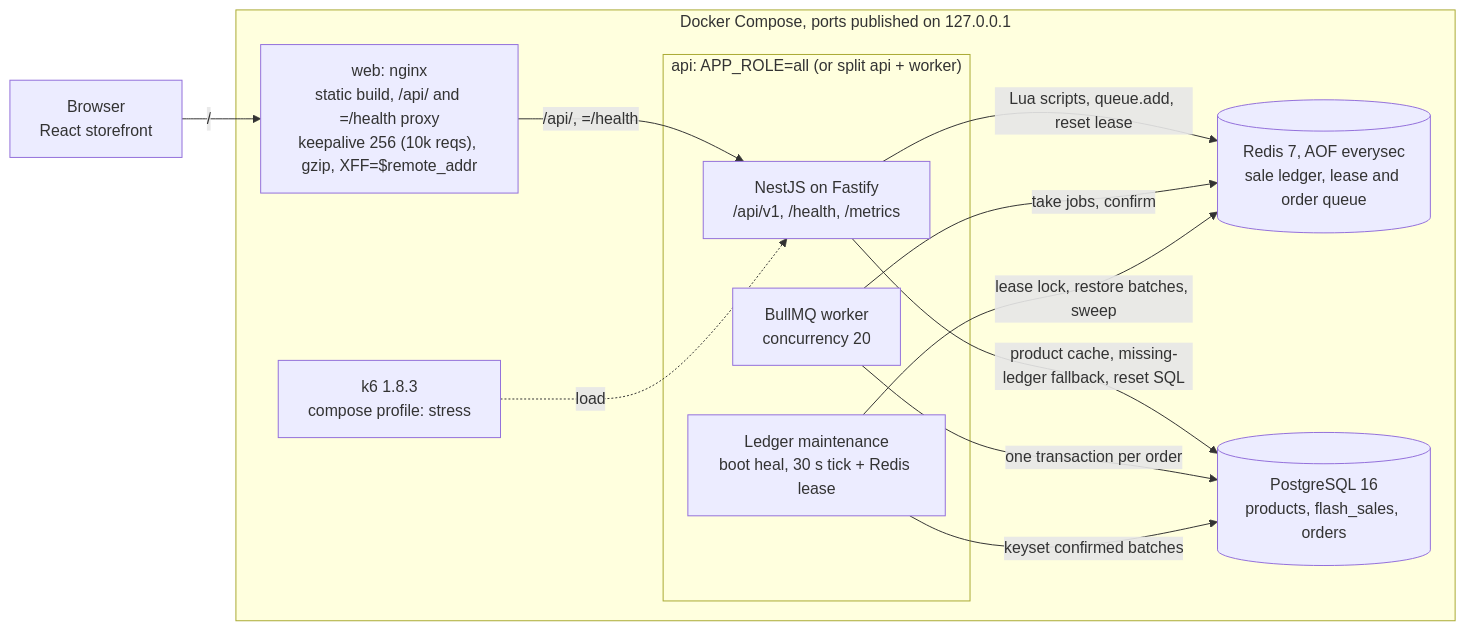
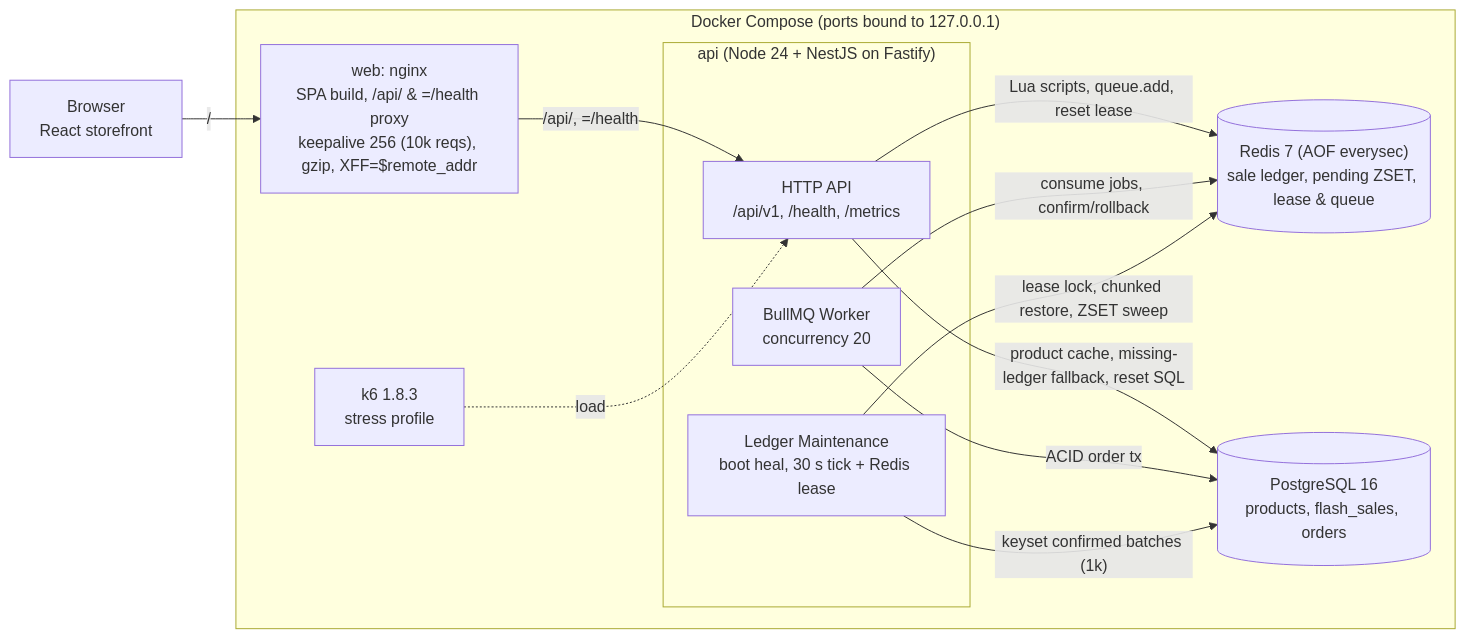
Before and after one commit to minhhieple97/flash-sale-system: the first of 6 diagrams in docs/architecture.md, drawn with Mermaid. The commit also changed other lines of this file and 155 other files, not shown here.

Commit message:
refactor: simplify modules, replace HSCAN sweeper with Redis ZSET, and consolidate docs

````diff
--- a/docs/architecture.md
+++ b/docs/architecture.md
@@ -9,24 +9,24 @@
 ```mermaid
 flowchart LR
     browser["Browser<br/>React storefront"]
-    subgraph compose["Docker Compose, ports published on 127.0.0.1"]
-        nginx["web: nginx<br/>static build, /api/ and =/health proxy<br/>keepalive 256 (10k reqs), gzip, XFF=$remote_addr"]
-        subgraph api["api: APP_ROLE=all (or split api + worker)"]
-            http["NestJS on Fastify<br/>/api/v1, /health, /metrics"]
-            worker["BullMQ worker<br/>concurrency 20"]
-            maint["Ledger maintenance<br/>boot heal, 30 s tick + Redis lease"]
+    subgraph compose["Docker Compose (ports bound to 127.0.0.1)"]
+        nginx["web: nginx<br/>SPA build, /api/ & =/health proxy<br/>keepalive 256 (10k reqs), gzip, XFF=$remote_addr"]
+        subgraph api["api (Node 24 + NestJS on Fastify)"]
+            http["HTTP API<br/>/api/v1, /health, /metrics"]
+            worker["BullMQ Worker<br/>concurrency 20"]
+            maint["Ledger Maintenance<br/>boot heal, 30 s tick + Redis lease"]
         end
-        redis[("Redis 7, AOF everysec<br/>sale ledger, lease and order queue")]
+        redis[("Redis 7 (AOF everysec)<br/>sale ledger, pending ZSET, lease & queue")]
         pg[("PostgreSQL 16<br/>products, flash_sales, orders")]
-        k6["k6 1.8.3<br/>compose profile: stress"]
+        k6["k6 1.8.3<br/>stress profile"]
     end
     browser -->|"/"| nginx
     nginx -->|"/api/, =/health"| http
     http -->|"Lua scripts, queue.add, reset lease"| redis
     http -->|"product cache, missing-ledger fallback, reset SQL"| pg
-    worker -->|"take jobs, confirm"| redis
-    worker -->|"one transaction per order"| pg
-    maint -->|"lease lock, restore batches, sweep"| redis
-    maint -->|"keyset confirmed batches"| pg
+    worker -->|"consume jobs, confirm/rollback"| redis
+    worker -->|"ACID order tx"| pg
+    maint -->|"lease lock, chunked restore, ZSET sweep"| redis
+    maint -->|"keyset confirmed batches (1k)"| pg
     k6 -.->|"load"| http
 ```
````
